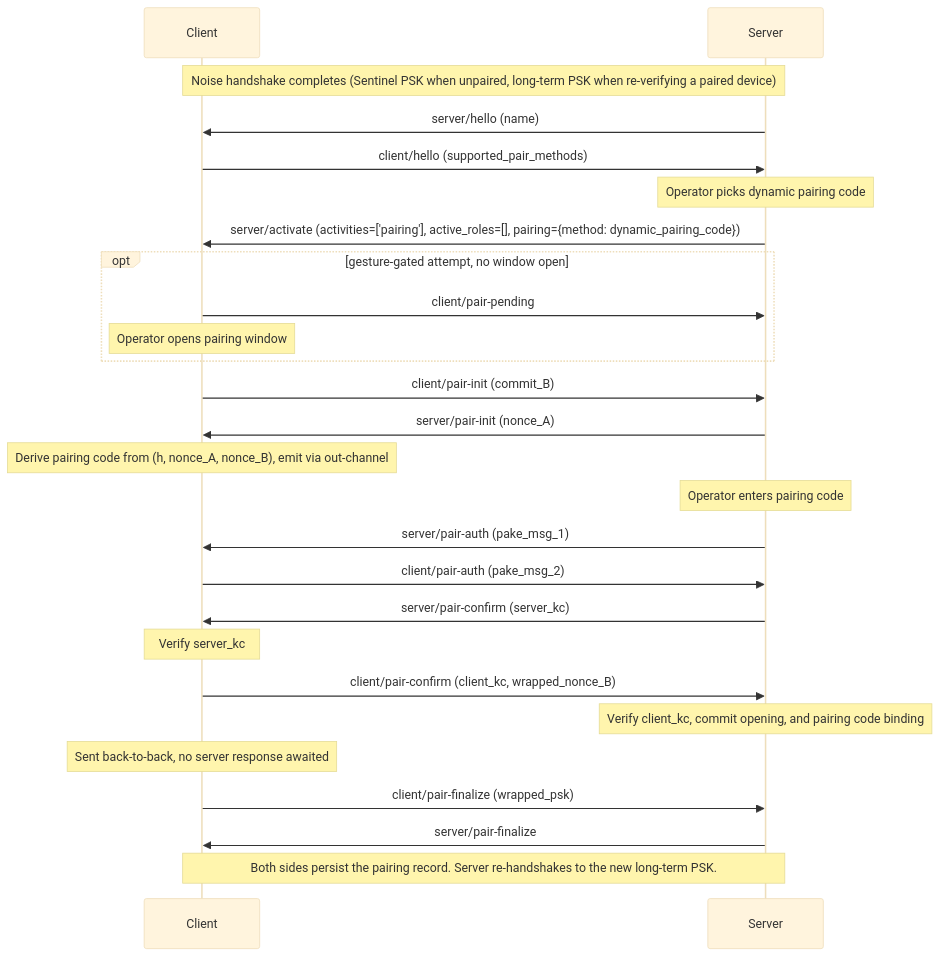
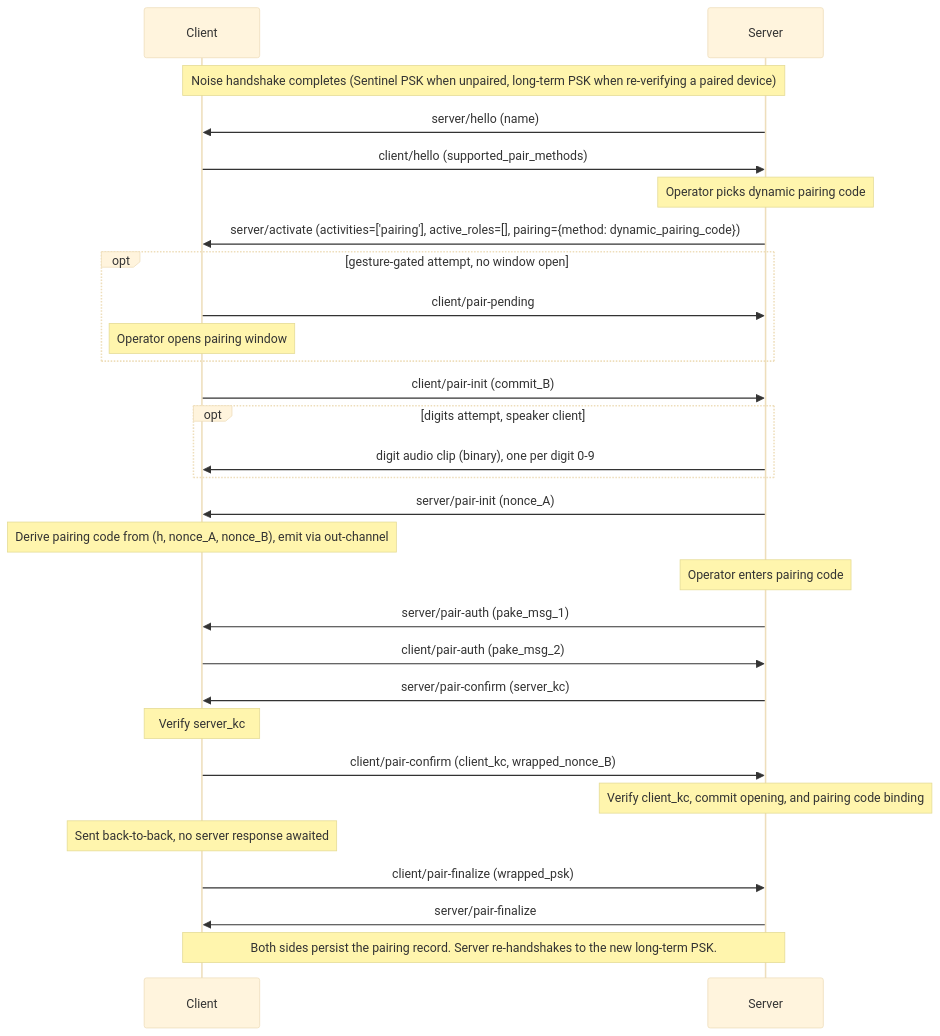
One commit to Resonate-Protocol/spec changed the third of 4 diagrams in README.md. Above: the diagram before and after it, drawn with Mermaid (base theme). The commit also changed other lines of this file and 2 other files, not shown here.

First line of the commit message:
Deliver spoken pairing-code digits as server-supplied audio pack (#173)

````diff
--- a/README.md
+++ b/README.md
@@ -820,30 +821,33 @@
 ```mermaid
 sequenceDiagram
     participant Client
     participant Server
 
     Note over Client,Server: Noise handshake completes (Sentinel PSK when unpaired, long-term PSK when re-verifying a paired device)
 
     Server->>Client: server/hello (name)
     Client->>Server: client/hello (supported_pair_methods)
     Note over Server: Operator picks dynamic pairing code
     Server->>Client: server/activate (activities=['pairing'], active_roles=[], pairing={method: dynamic_pairing_code})
     opt gesture-gated attempt, no window open
         Client->>Server: client/pair-pending
         Note over Client: Operator opens pairing window
     end
     Client->>Server: client/pair-init (commit_B)
+    opt digits attempt, speaker client
+        Server->>Client: digit audio clip (binary), one per digit 0-9
+    end
     Server->>Client: server/pair-init (nonce_A)
     Note over Client: Derive pairing code from (h, nonce_A, nonce_B), emit via out-channel
     Note over Server: Operator enters pairing code
     Server->>Client: server/pair-auth (pake_msg_1)
     Client->>Server: client/pair-auth (pake_msg_2)
     Server->>Client: server/pair-confirm (server_kc)
     Note over Client: Verify server_kc
     Client->>Server: client/pair-confirm (client_kc, wrapped_nonce_B)
     Note over Server: Verify client_kc, commit opening, and pairing code binding
     Note over Client: Sent back-to-back, no server response awaited
     Client->>Server: client/pair-finalize (wrapped_psk)
     Server->>Client: server/pair-finalize
     Note over Client,Server: Both sides persist the pairing record. Server re-handshakes to the new long-term PSK.
 ```
````
